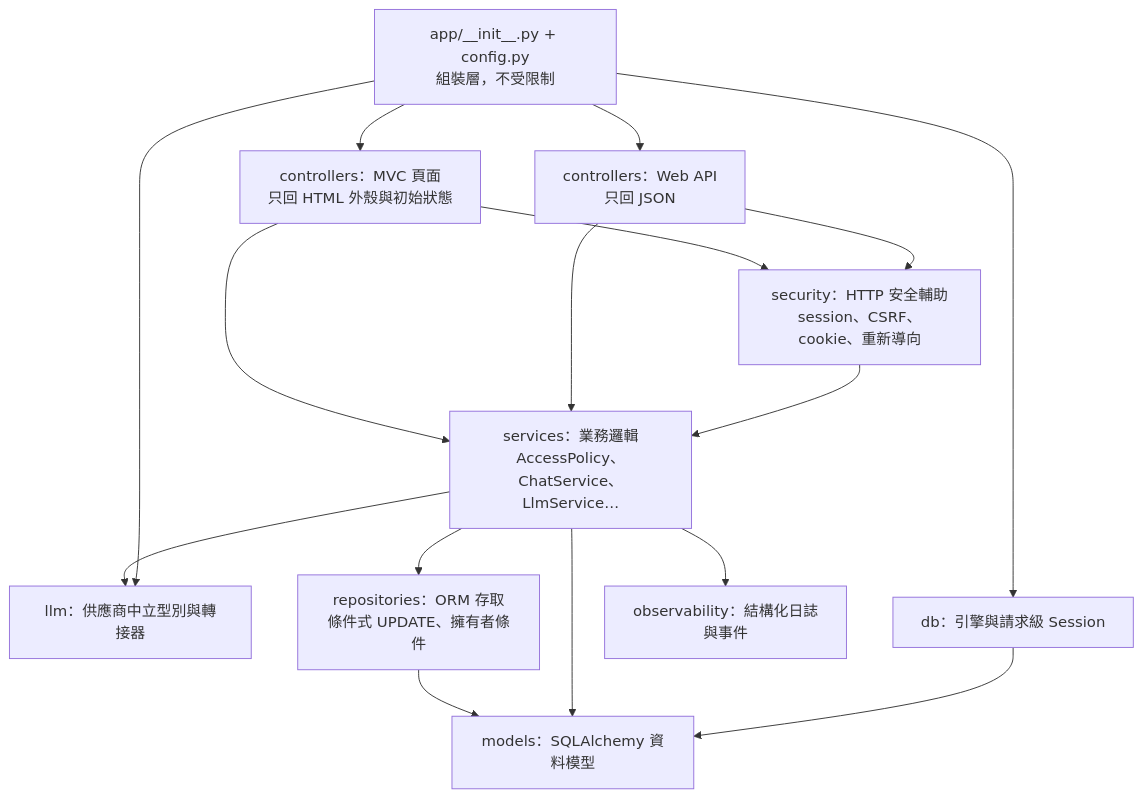
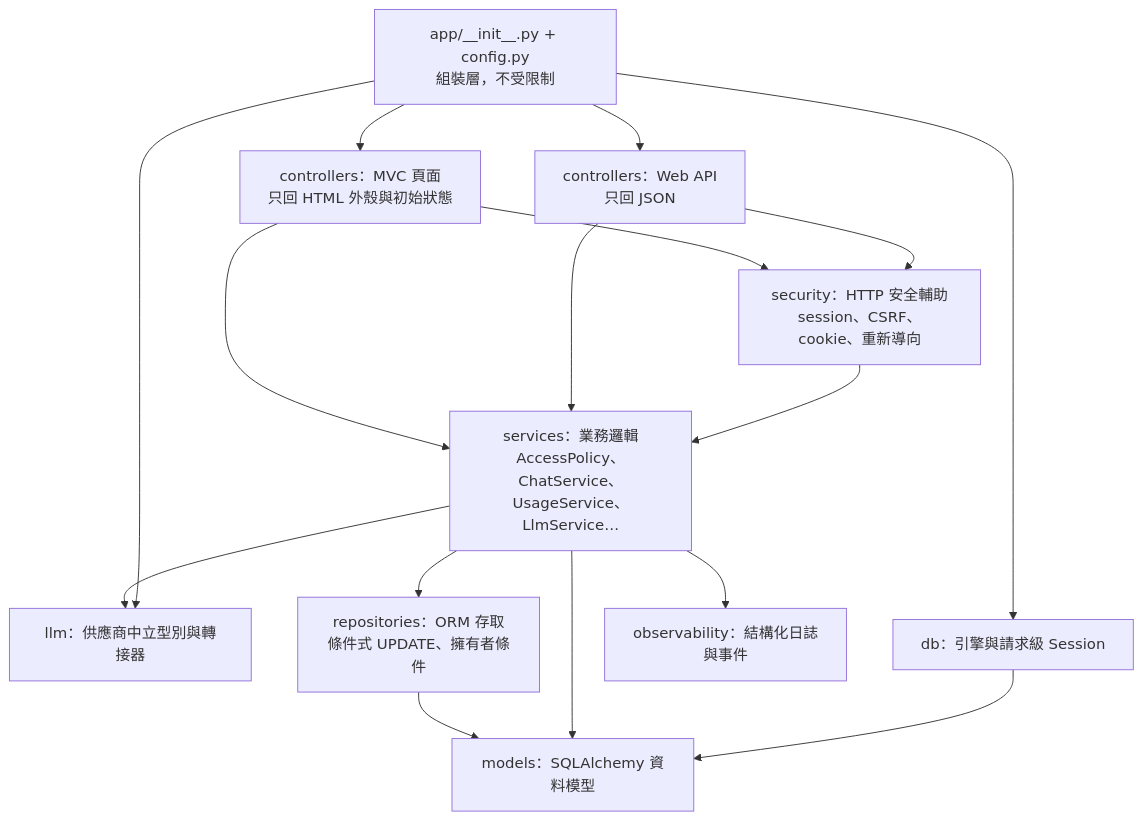
Before and after one commit to pp466pp466/R.A.C: the second of 4 diagrams in docs/系統架構-architecture.md, drawn with Mermaid. The commit also changed other lines of this file and 60 other files, not shown here.

````diff
--- a/docs/系統架構-architecture.md
+++ b/docs/系統架構-architecture.md
@@ -38,29 +38,29 @@
 ```mermaid
 flowchart TD
     Pages["controllers：MVC 頁面<br/>只回 HTML 外殼與初始狀態"]
     Api["controllers：Web API<br/>只回 JSON"]
     Sec["security：HTTP 安全輔助<br/>session、CSRF、cookie、重新導向"]
-    Svc["services：業務邏輯<br/>AccessPolicy、ChatService、LlmService…"]
+    Svc["services：業務邏輯<br/>AccessPolicy、ChatService、UsageService、LlmService…"]
     Llm["llm：供應商中立型別與轉接器"]
     Repo["repositories：ORM 存取<br/>條件式 UPDATE、擁有者條件"]
     Model["models：SQLAlchemy 資料模型"]
     Db["db：引擎與請求級 Session"]
     Obs["observability：結構化日誌與事件"]
     Cfg["app/__init__.py + config.py<br/>組裝層，不受限制"]
 
     Pages --> Svc
     Api --> Svc
     Pages --> Sec
     Api --> Sec
     Sec --> Svc
     Svc --> Repo
     Svc --> Llm
     Svc --> Obs
     Repo --> Model
     Svc --> Model
     Db --> Model
     Cfg --> Pages
     Cfg --> Api
     Cfg --> Db
     Cfg --> Llm
 ```
````
